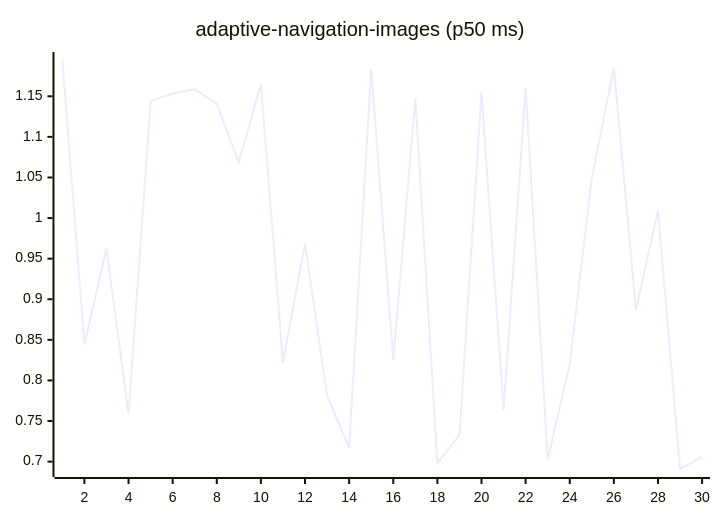
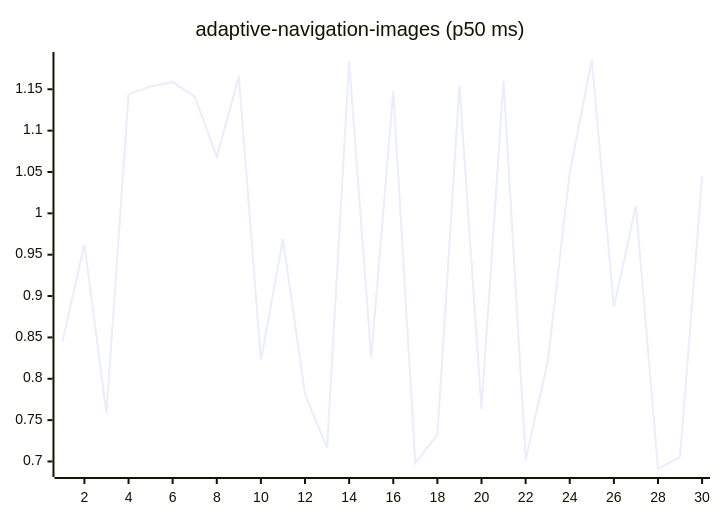
Before and after one commit to josha/Facet: the first of 27 diagrams in README.md, drawn with Mermaid. The commit also changed other lines of this file and 2 other files, not shown here.

````diff
--- a/README.md
+++ b/README.md
@@ -63,6 +63,6 @@
 ```mermaid
 xychart-beta
     title "adaptive-navigation-images (p50 ms)"
     x-axis 1 --> 30
-    line [1.1947, 0.8446, 0.9624, 0.7583, 1.1441, 1.1535, 1.1586, 1.1410, 1.0683, 1.1655, 0.8222, 0.9687, 0.7812, 0.7168, 1.1836, 0.8250, 1.1478, 0.6980, 0.7325, 1.1549, 0.7635, 1.1603, 0.7028, 0.8201, 1.0494, 1.1854, 0.8867, 1.0090, 0.6909, 0.7058]
+    line [0.8446, 0.9624, 0.7583, 1.1441, 1.1535, 1.1586, 1.1410, 1.0683, 1.1655, 0.8222, 0.9687, 0.7812, 0.7168, 1.1836, 0.8250, 1.1478, 0.6980, 0.7325, 1.1549, 0.7635, 1.1603, 0.7028, 0.8201, 1.0494, 1.1854, 0.8867, 1.0090, 0.6909, 0.7058, 1.0439]
 ```
````
